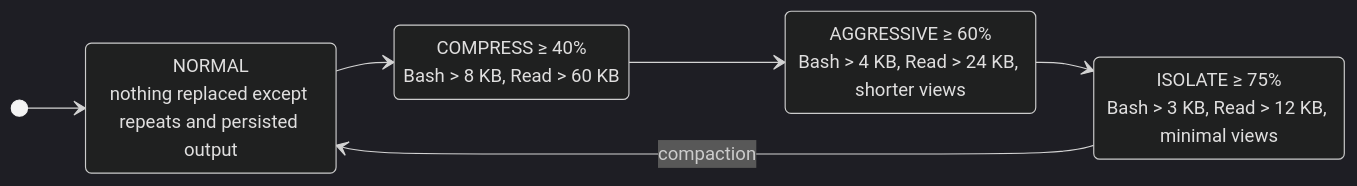
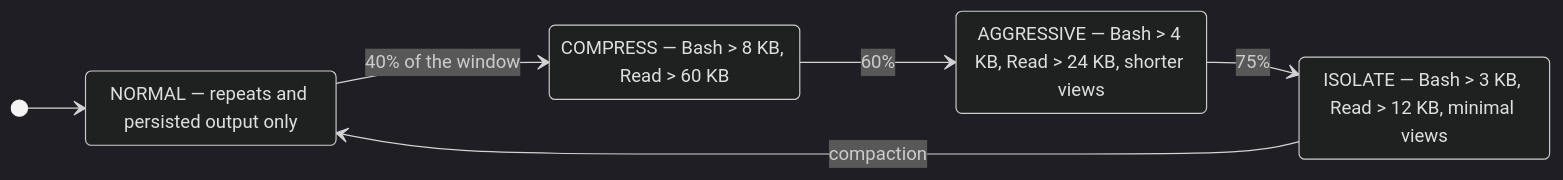
One commit to O6lvl4/ctxgate changed the second of 2 diagrams in README.md. Above: the diagram before and after it, drawn with Mermaid (dark theme). The commit also changed 1 other file, not shown here.

Commit message:
README: state diagram without HTML line breaks so it renders on GitHub
Claude-Session: https://claude.ai/code/session_01PScLprQ3dhwqs1qgkijdKB

````diff
--- a/README.md
+++ b/README.md
@@ -175,13 +175,13 @@
 ```mermaid
 stateDiagram-v2
     direction LR
-    NORMAL: NORMAL<br/>nothing replaced except repeats and persisted output
-    COMPRESS: COMPRESS ≥ 40%<br/>Bash > 8 KB, Read > 60 KB
-    AGGRESSIVE: AGGRESSIVE ≥ 60%<br/>Bash > 4 KB, Read > 24 KB, shorter views
-    ISOLATE: ISOLATE ≥ 75%<br/>Bash > 3 KB, Read > 12 KB, minimal views
     [*] --> NORMAL
-    NORMAL --> COMPRESS
-    COMPRESS --> AGGRESSIVE
-    AGGRESSIVE --> ISOLATE
+    NORMAL --> COMPRESS: 40% of the window
+    COMPRESS --> AGGRESSIVE: 60%
+    AGGRESSIVE --> ISOLATE: 75%
     ISOLATE --> NORMAL: compaction
+    NORMAL: NORMAL — repeats and persisted output only
+    COMPRESS: COMPRESS — Bash > 8 KB, Read > 60 KB
+    AGGRESSIVE: AGGRESSIVE — Bash > 4 KB, Read > 24 KB, shorter views
+    ISOLATE: ISOLATE — Bash > 3 KB, Read > 12 KB, minimal views
 ```
````
